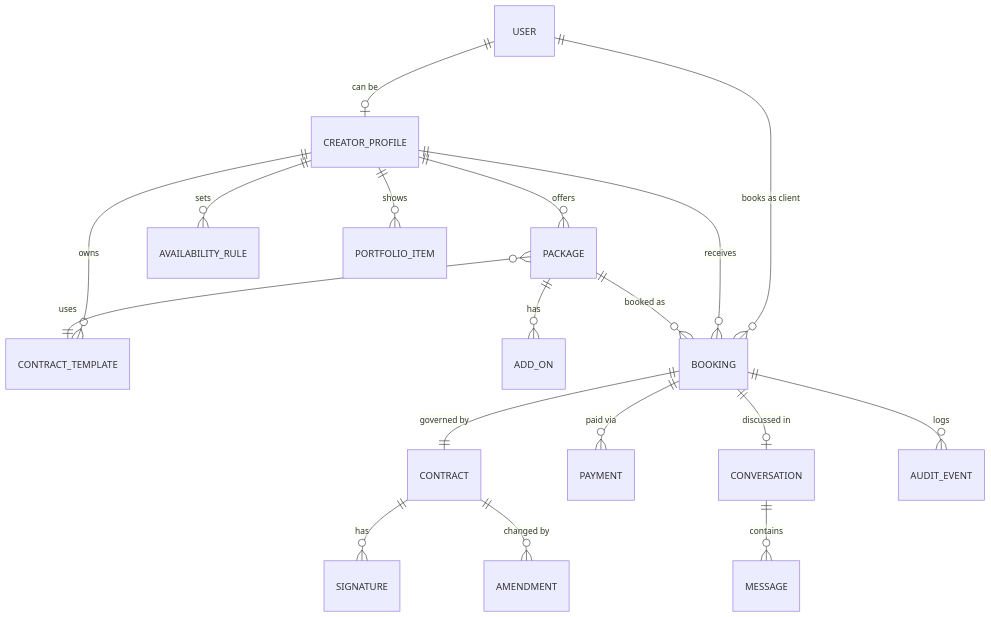
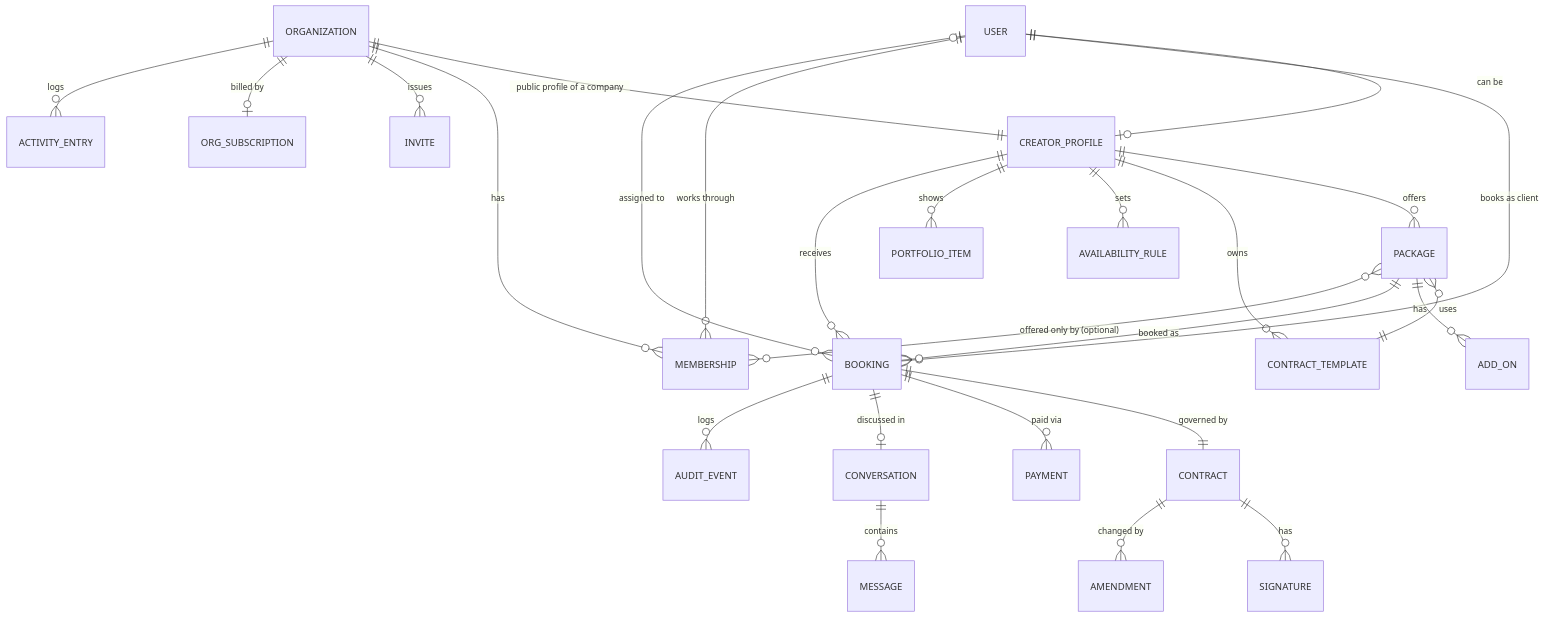
Before and after one commit to mikenaz5/first-one: the first of 2 diagrams in SPEC.md, drawn with Mermaid. The commit also changed other lines of this file, not shown here.

First line of the commit message:
SPEC v0.2: Individual and Company account types

````diff
--- a/SPEC.md
+++ b/SPEC.md
@@ -162,20 +287,28 @@
 ```mermaid
 erDiagram
     USER ||--o| CREATOR_PROFILE : "can be"
     CREATOR_PROFILE ||--o{ PACKAGE : offers
     CREATOR_PROFILE ||--o{ CONTRACT_TEMPLATE : owns
     CREATOR_PROFILE ||--o{ AVAILABILITY_RULE : sets
     CREATOR_PROFILE ||--o{ PORTFOLIO_ITEM : shows
     PACKAGE }o--|| CONTRACT_TEMPLATE : uses
     PACKAGE ||--o{ ADD_ON : has
     USER ||--o{ BOOKING : "books as client"
     CREATOR_PROFILE ||--o{ BOOKING : receives
     PACKAGE ||--o{ BOOKING : "booked as"
     BOOKING ||--|| CONTRACT : "governed by"
     CONTRACT ||--o{ SIGNATURE : has
     CONTRACT ||--o{ AMENDMENT : "changed by"
     BOOKING ||--o{ PAYMENT : "paid via"
     BOOKING ||--o| CONVERSATION : "discussed in"
     CONVERSATION ||--o{ MESSAGE : contains
     BOOKING ||--o{ AUDIT_EVENT : logs
+    ORGANIZATION ||--|| CREATOR_PROFILE : "public profile of a company"
+    ORGANIZATION ||--o{ MEMBERSHIP : has
+    USER ||--o{ MEMBERSHIP : "works through"
+    ORGANIZATION ||--o{ INVITE : issues
+    ORGANIZATION ||--o| ORG_SUBSCRIPTION : "billed by"
+    ORGANIZATION ||--o{ ACTIVITY_ENTRY : logs
+    PACKAGE }o--o{ MEMBERSHIP : "offered only by (optional)"
+    BOOKING }o--o| USER : "assigned to"
 ```
````
